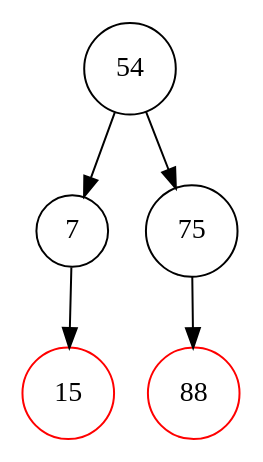
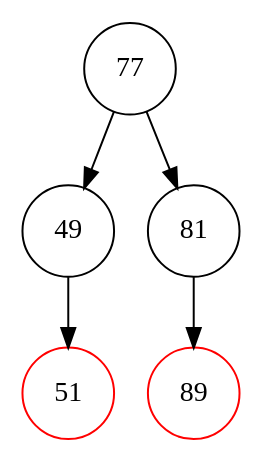
Before and after one commit to Koreleth/rbtrees: the diagram in tree_step_4.dot, drawn with Graphviz. The commit also changed 19 other files, not shown here.

```diff
--- a/tree_step_4.dot
+++ b/tree_step_4.dot
@@ -1,12 +1,12 @@
 digraph RBTree {
     node [shape=circle];
-    "54" [color=black];
-    "54" -> "7";
-    "7" [color=black];
-    "7" -> "15";
-    "15" [color=red];
-    "54" -> "75";
-    "75" [color=black];
-    "75" -> "88";
-    "88" [color=red];
+    "77" [color=black];
+    "77" -> "49";
+    "49" [color=black];
+    "49" -> "51";
+    "51" [color=red];
+    "77" -> "81";
+    "81" [color=black];
+    "81" -> "89";
+    "89" [color=red];
 }
```
